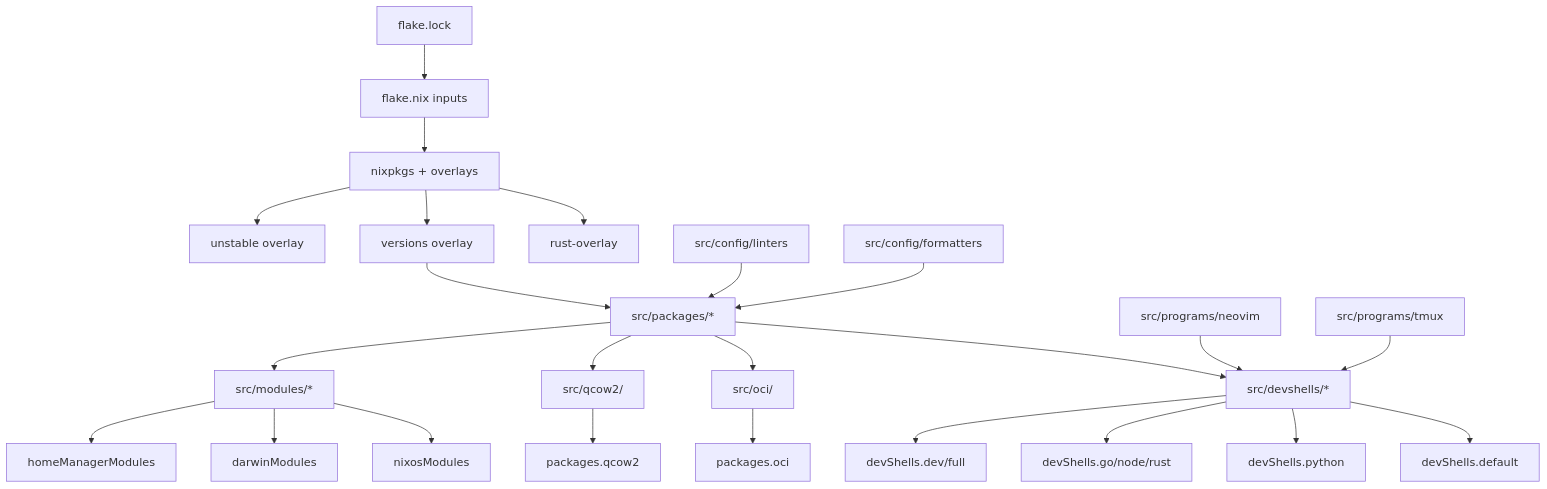
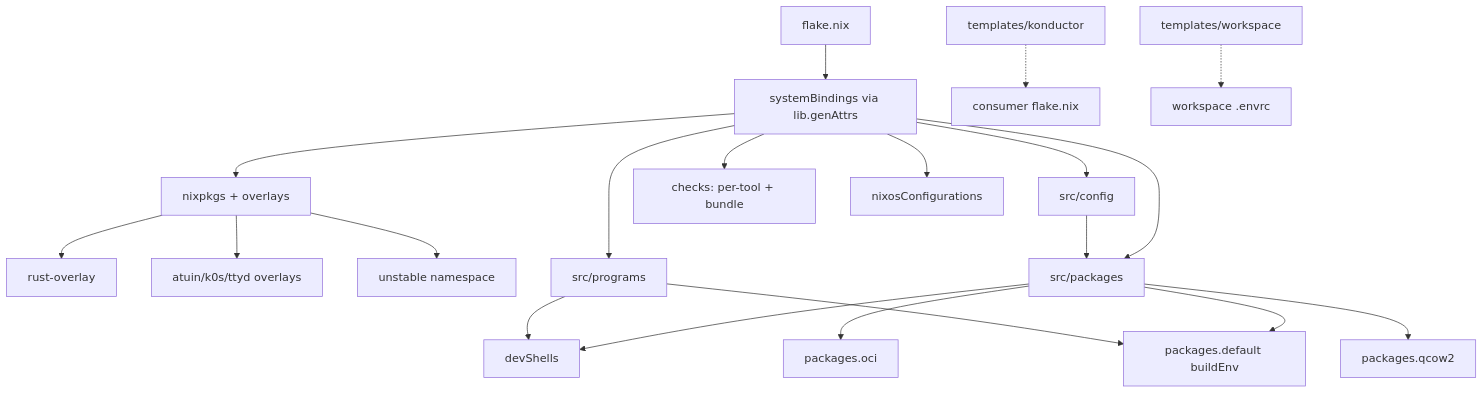
One commit to braincraftio/konductor changed the diagram in README.md. Above: the diagram before and after it, drawn with Mermaid. The commit also changed other lines of this file, not shown here.

````diff
--- a/README.md
+++ b/README.md
@@ -514,30 +951,27 @@
 ```mermaid
 graph TD
-    A[flake.lock] --> B[flake.nix inputs]
+    A[flake.nix] --> B[systemBindings via lib.genAttrs]
     B --> C[nixpkgs + overlays]
     C --> D[rust-overlay]
-    C --> E[versions overlay]
-    C --> F[unstable overlay]
+    C --> E[atuin/k0s/ttyd overlays]
+    C --> F[unstable namespace]
 
-    E --> G[src/packages/*]
-    G --> H[src/devshells/*]
-    G --> I[src/oci/]
-    G --> J[src/qcow2/]
-    G --> K[src/modules/*]
+    B --> G[src/packages]
+    B --> H[src/programs]
+    B --> I[src/config]
 
-    H --> L[devShells.default]
-    H --> M[devShells.python]
-    H --> N[devShells.go/node/rust]
-    H --> O[devShells.dev/full]
+    G --> J[devShells]
+    G --> K[packages.default buildEnv]
+    G --> L[packages.oci]
+    G --> M[packages.qcow2]
 
-    I --> P[packages.oci]
-    J --> Q[packages.qcow2]
-    K --> R[nixosModules]
-    K --> S[darwinModules]
-    K --> T[homeManagerModules]
+    H --> J
+    H --> K
+    I --> G
 
-    U[src/programs/neovim] --> H
-    V[src/programs/tmux] --> H
-    W[src/config/linters] --> G
-    X[src/config/formatters] --> G
+    B --> N[checks: per-tool + bundle]
+    B --> O[nixosConfigurations]
+
+    P[templates/konductor] -.-> Q[consumer flake.nix]
+    R[templates/workspace] -.-> S[workspace .envrc]
 ```
````
